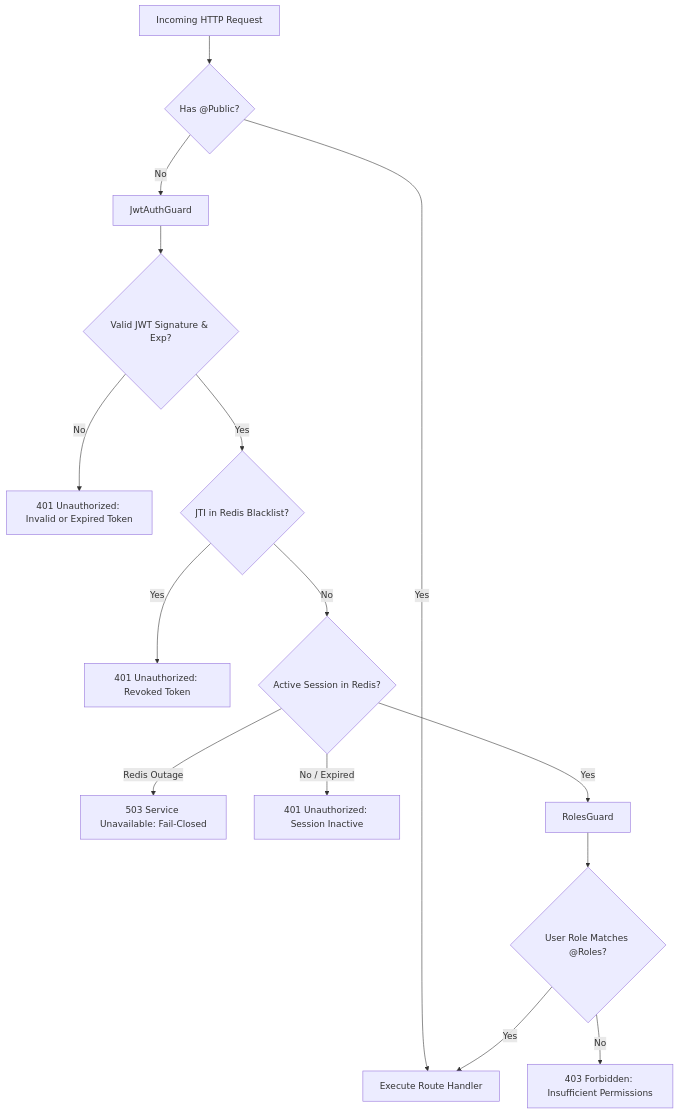
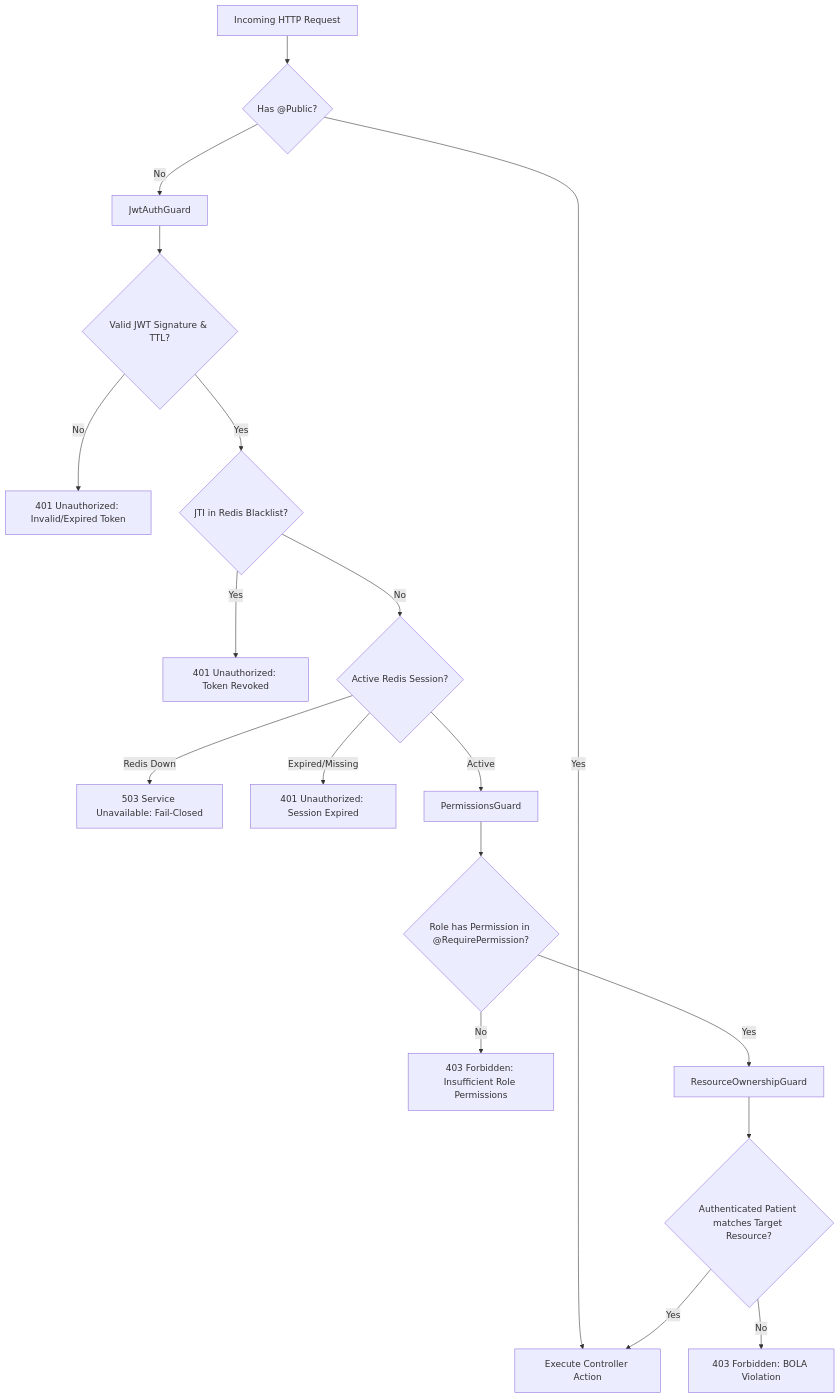
One commit to faryporza/his-microservices-assignment changed the second of 2 diagrams in README.md. Above: the diagram before and after it, drawn with Mermaid. The commit also changed other lines of this file and 1 other file, not shown here.

Commit message:
docs: refresh README.md and postman collection with verified test gates and user role management

````diff
--- a/README.md
+++ b/README.md
@@ -86,21 +115,25 @@
 ```mermaid
 flowchart TD
-    Req[Incoming HTTP Request] --> AuthCheck{Has @Public?}
-    AuthCheck -- Yes --> Handler[Execute Route Handler]
-    AuthCheck -- No --> Guard[JwtAuthGuard]
-    
-    Guard --> VerifyJWT{Valid JWT Signature & Exp?}
-    VerifyJWT -- No --> Err401A[401 Unauthorized: Invalid or Expired Token]
-    VerifyJWT -- Yes --> BlacklistCheck{JTI in Redis Blacklist?}
-    
-    BlacklistCheck -- Yes --> Err401B[401 Unauthorized: Revoked Token]
-    BlacklistCheck -- No --> SessionCheck{Active Session in Redis?}
-    
-    SessionCheck -- Redis Outage --> Err503[503 Service Unavailable: Fail-Closed]
-    SessionCheck -- No / Expired --> Err401C[401 Unauthorized: Session Inactive]
-    SessionCheck -- Yes --> RoleGuard[RolesGuard]
-    
-    RoleGuard --> RoleCheck{User Role Matches @Roles?}
-    RoleCheck -- No --> Err403[403 Forbidden: Insufficient Permissions]
-    RoleCheck -- Yes --> Handler
+    Req[Incoming HTTP Request] --> PublicCheck{Has @Public?}
+    PublicCheck -- Yes --> Handler[Execute Controller Action]
+    PublicCheck -- No --> JWTGuard[JwtAuthGuard]
+
+    JWTGuard --> VerifySig{Valid JWT Signature & TTL?}
+    VerifySig -- No --> Err401A[401 Unauthorized: Invalid/Expired Token]
+    VerifySig -- Yes --> BlacklistCheck{JTI in Redis Blacklist?}
+
+    BlacklistCheck -- Yes --> Err401B[401 Unauthorized: Token Revoked]
+    BlacklistCheck -- No --> SessionCheck{Active Redis Session?}
+
+    SessionCheck -- Redis Down --> Err503[503 Service Unavailable: Fail-Closed]
+    SessionCheck -- Expired/Missing --> Err401C[401 Unauthorized: Session Expired]
+    SessionCheck -- Active --> PermGuard[PermissionsGuard]
+
+    PermGuard --> RoleMatch{Role has Permission in @RequirePermission?}
+    RoleMatch -- No --> Err403A[403 Forbidden: Insufficient Role Permissions]
+    RoleMatch -- Yes --> OwnershipGuard[ResourceOwnershipGuard]
+
+    OwnershipGuard --> OwnershipMatch{Authenticated Patient matches Target Resource?}
+    OwnershipMatch -- No --> Err403B[403 Forbidden: BOLA Violation]
+    OwnershipMatch -- Yes --> Handler
 ```
````
